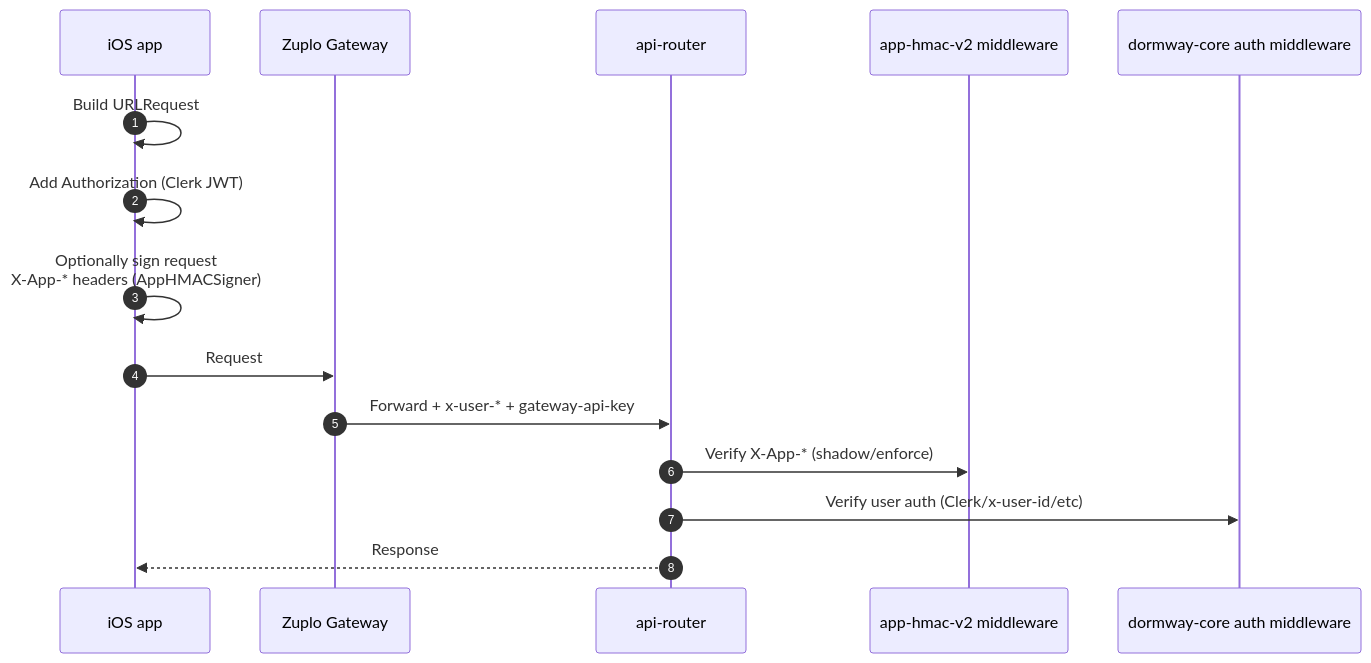
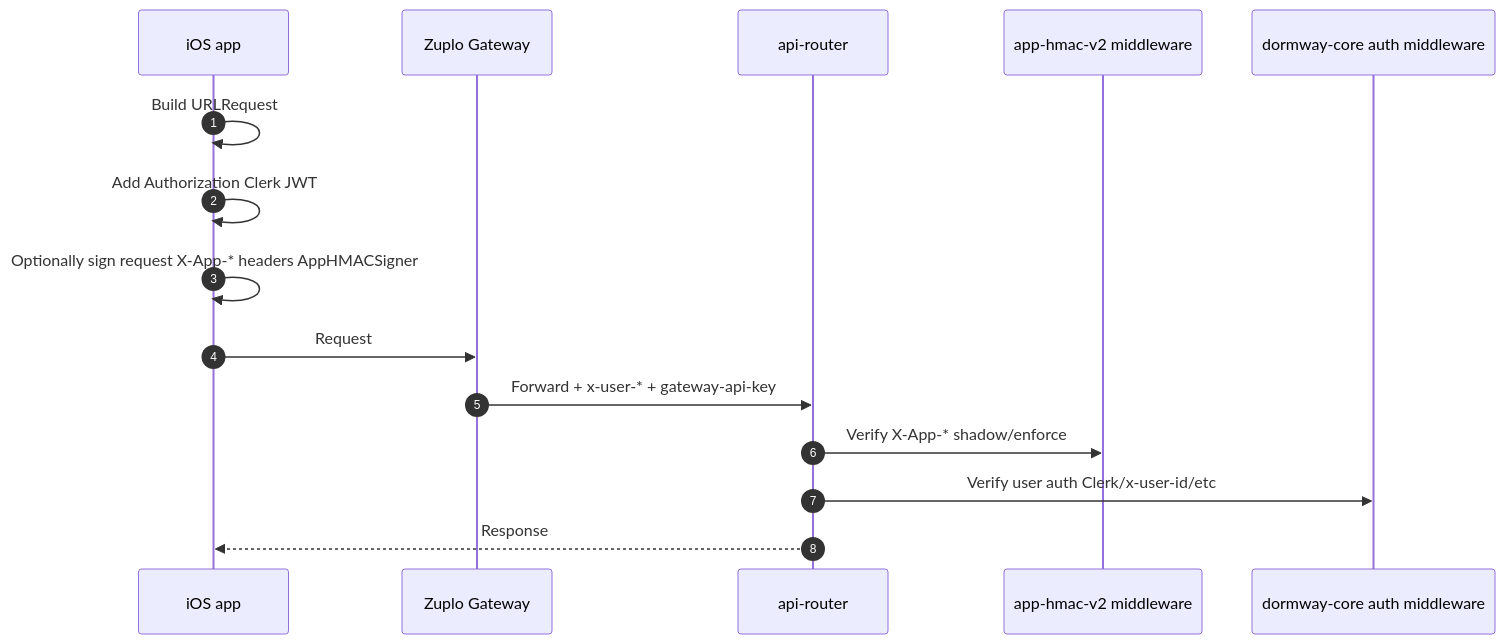
The sixth of 23 diagrams in docs/engineering/architecture/how-dormway-works.mdx (DormWay/mintlify-docs), drawn with Mermaid before and after one commit. The commit also changed other lines of this file, not shown here.

First line of the commit message:
fix: sanitize all 23 mermaid diagrams for Mermaid 11.x

````diff
--- a/docs/engineering/architecture/how-dormway-works.mdx
+++ b/docs/engineering/architecture/how-dormway-works.mdx
@@ -398,18 +398,18 @@
 ```mermaid
 sequenceDiagram
   autonumber
   participant iOS as iOS app
   participant Zuplo as Zuplo Gateway
   participant API as api-router
   participant HMAC as app-hmac-v2 middleware
   participant CoreAuth as dormway-core auth middleware
 
   iOS->>iOS: Build URLRequest
-  iOS->>iOS: Add Authorization (Clerk JWT)
-  iOS->>iOS: Optionally sign request<br>X-App-* headers (AppHMACSigner)
+  iOS->>iOS: Add Authorization Clerk JWT
+  iOS->>iOS: Optionally sign request X-App-* headers AppHMACSigner
   iOS->>Zuplo: Request
   Zuplo->>API: Forward + x-user-* + gateway-api-key
-  API->>HMAC: Verify X-App-* (shadow/enforce)
-  API->>CoreAuth: Verify user auth (Clerk/x-user-id/etc)
+  API->>HMAC: Verify X-App-* shadow/enforce
+  API->>CoreAuth: Verify user auth Clerk/x-user-id/etc
   API-->>iOS: Response
 ```
````
